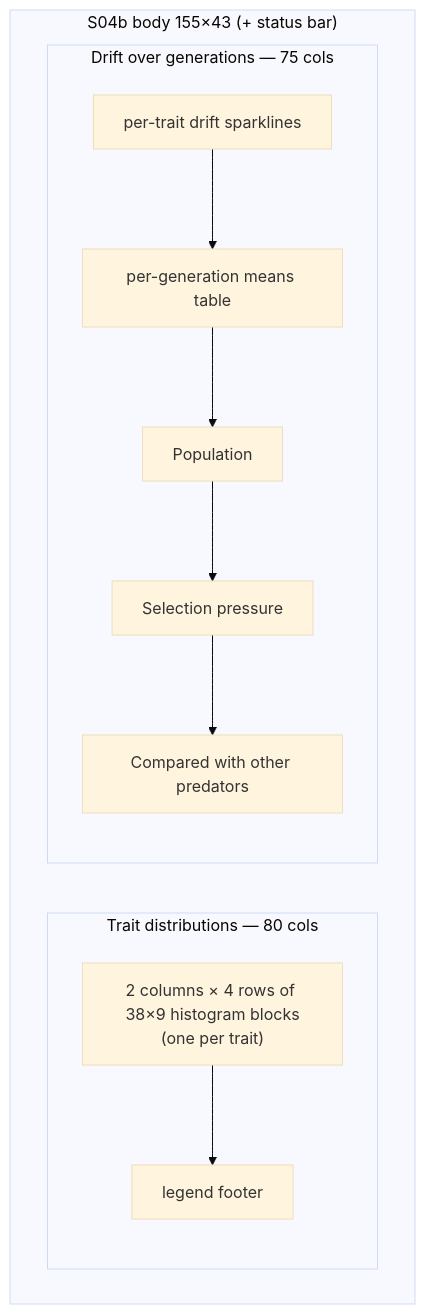
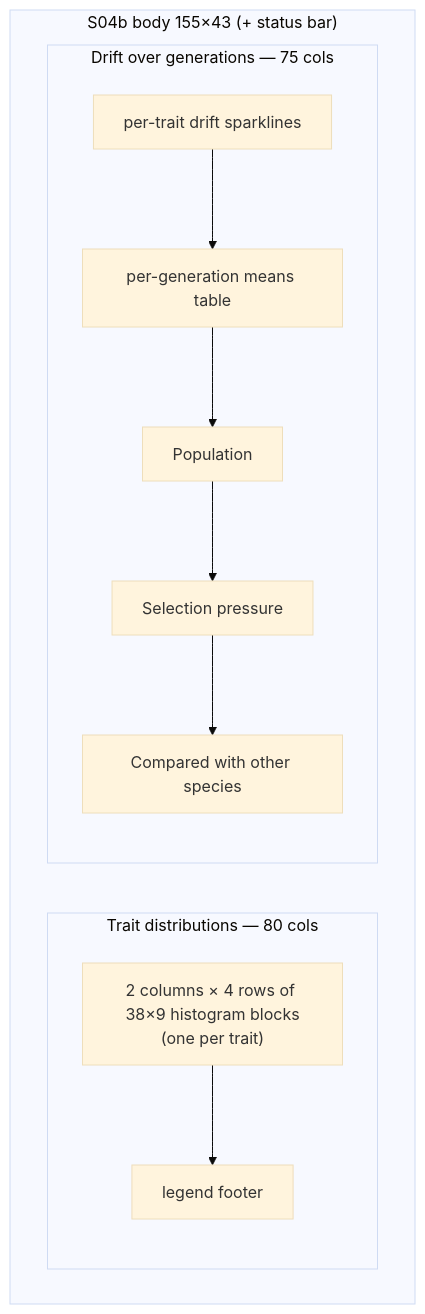
Before and after one commit to sbayer55/sim-fortress: the second of 3 diagrams in docs/screens/s04-species-browser.md, drawn with Mermaid (base theme). The commit also changed other lines of this file and 30 other files, not shown here.

````diff
--- a/docs/screens/s04-species-browser.md
+++ b/docs/screens/s04-species-browser.md
@@ -52,21 +52,21 @@
 ```mermaid
 flowchart LR
     subgraph b["S04b body 155×43 (+ status bar)"]
         direction LR
         subgraph H["Trait distributions — 80 cols"]
             direction TB
             H1["2 columns × 4 rows of 38×9 histogram blocks<br/>(one per trait)"]
             H2["legend footer"]
             H1 --> H2
         end
         subgraph D["Drift over generations — 75 cols"]
             direction TB
             D1["per-trait drift sparklines"]
             D2["per-generation means table"]
             D3["Population"]
             D4["Selection pressure"]
-            D5["Compared with other predators"]
+            D5["Compared with other species"]
             D1 --> D2 --> D3 --> D4 --> D5
         end
     end
 ```
````
